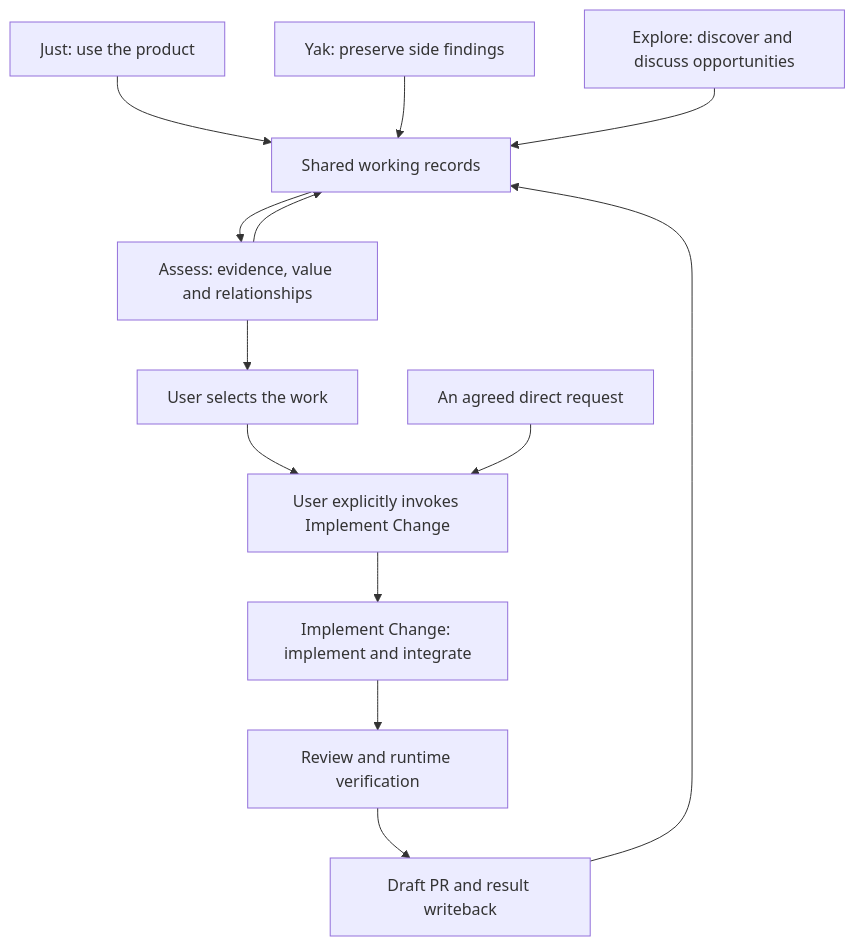
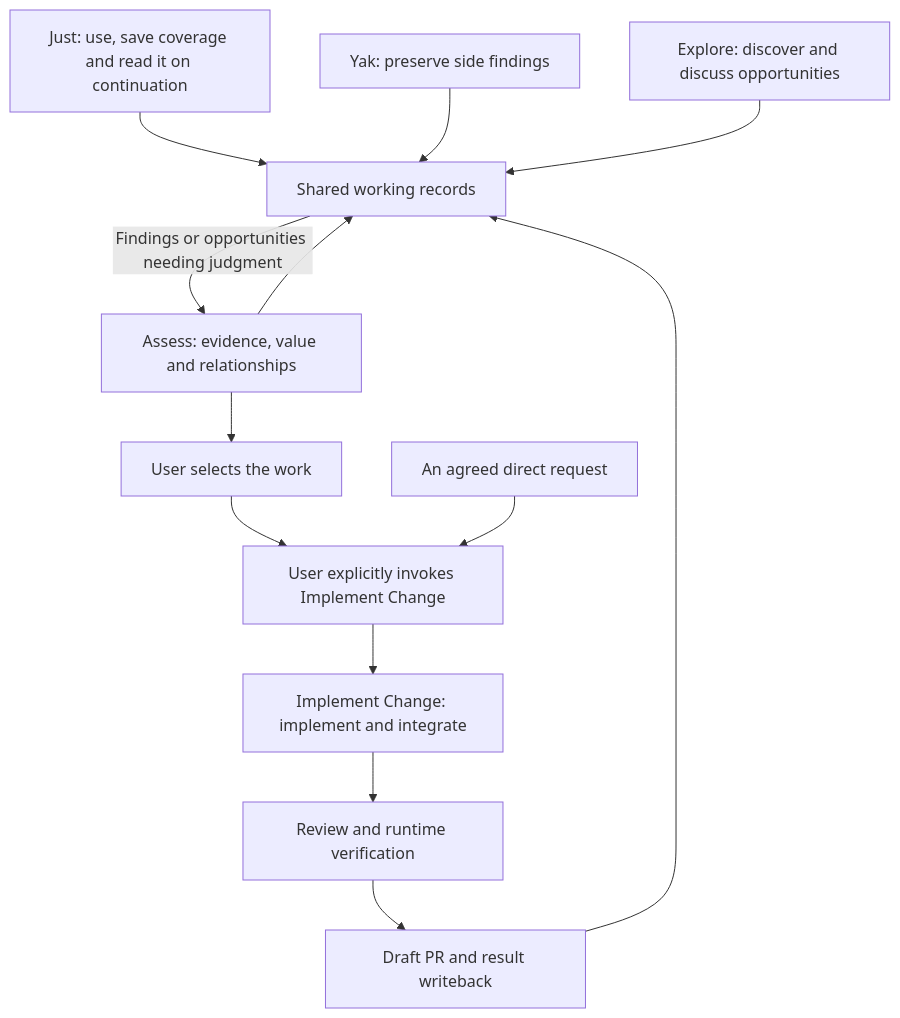
Before and after one commit to SaKaNa-Y/skills: the diagram in README.md, drawn with Mermaid. The commit also changed other lines of this file and 12 other files, not shown here.

First line of the commit message:
fix(just-use-it): complete versioned coverage record lifecycle

````diff
--- a/README.md
+++ b/README.md
@@ -298,15 +300,15 @@
 ```mermaid
 flowchart TD
-    J["Just: use the product"] --> R["Shared working records"]
+    J["Just: use, save coverage and read it on continuation"] --> R["Shared working records"]
     Y["Yak: preserve side findings"] --> R
     E["Explore: discover and discuss opportunities"] --> R
-    R --> A["Assess: evidence, value and relationships"]
+    R -->|Findings or opportunities needing judgment| A["Assess: evidence, value and relationships"]
     A --> R
     A --> U["User selects the work"]
     U --> X["User explicitly invokes Implement Change"]
     D["An agreed direct request"] --> X
     X --> I["Implement Change: implement and integrate"]
     I --> V["Review and runtime verification"]
     V --> P["Draft PR and result writeback"]
     P --> R
 ```
````
